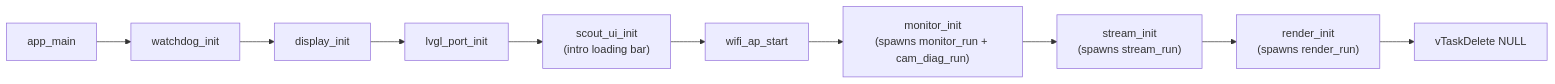
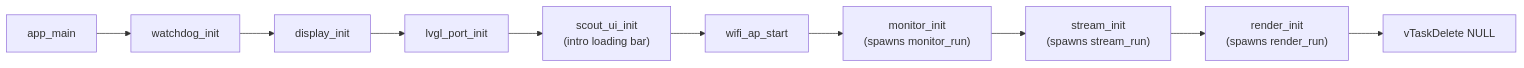
One commit to LINTECH-CHAS-ACADEMY-SUVX25/Scout changed the first of 2 diagrams in docs/scout_screen_flow.md. Above: the diagram before and after it, drawn with Mermaid. The commit also changed other lines of this file and 1 other file, not shown here.

Commit message:
updated flow charts (not double checked)

````diff
--- a/docs/scout_screen_flow.md
+++ b/docs/scout_screen_flow.md
@@ -8,12 +8,12 @@
 ```mermaid
 flowchart LR
     A[app_main] --> B[watchdog_init]
     B --> C[display_init]
     C --> D[lvgl_port_init]
     D --> E["scout_ui_init\n(intro loading bar)"]
     E --> F[wifi_ap_start]
-    F --> G["monitor_init\n(spawns monitor_run + cam_diag_run)"]
+    F --> G["monitor_init\n(spawns monitor_run)"]
     G --> H["stream_init\n(spawns stream_run)"]
     H --> I["render_init\n(spawns render_run)"]
     I --> J[vTaskDelete NULL]
 ```
````
